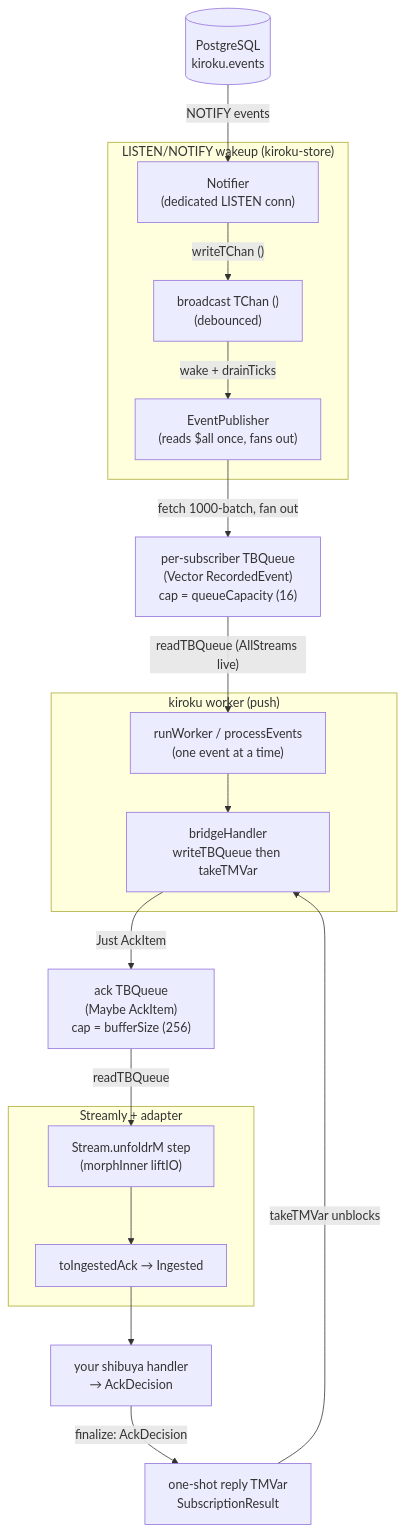
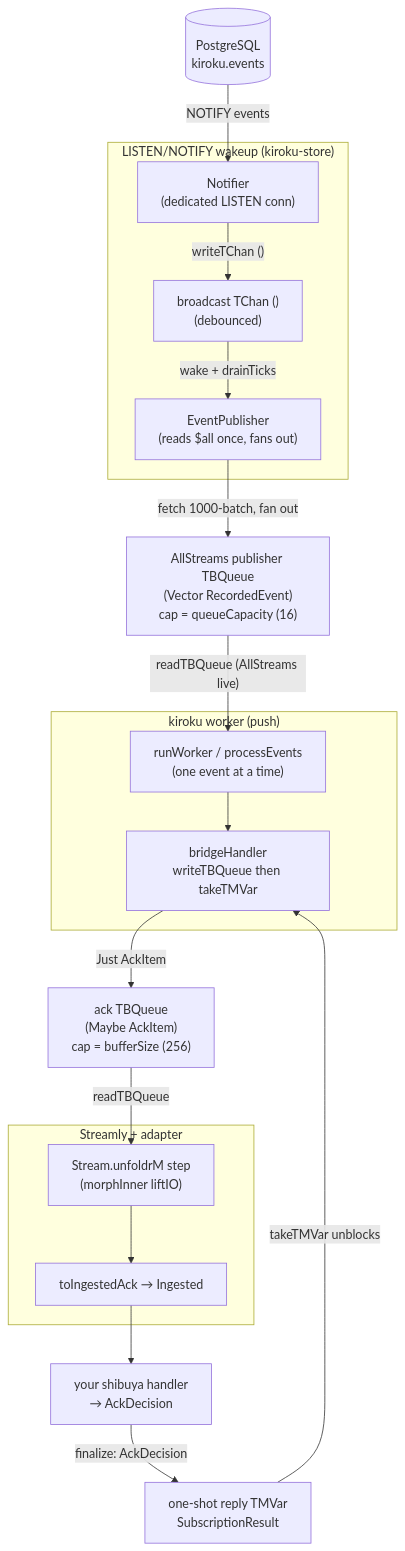
Before and after one commit to shinzui/keiro-runtime-docs: the diagram in content/docs/kiroku/walkthrough/05-the-shibuya-adapter.mdx, drawn with Mermaid. The commit also changed other lines of this file and 11 other files, not shown here.

````diff
--- a/content/docs/kiroku/walkthrough/05-the-shibuya-adapter.mdx
+++ b/content/docs/kiroku/walkthrough/05-the-shibuya-adapter.mdx
@@ -54,33 +54,33 @@
 ```mermaid
 flowchart TD
   PG[("PostgreSQL<br/>kiroku.events")]
   subgraph listen["LISTEN/NOTIFY wakeup (kiroku-store)"]
     Notifier["Notifier<br/>(dedicated LISTEN conn)"]
     Tick["broadcast TChan ()<br/>(debounced)"]
     Pub["EventPublisher<br/>(reads $all once, fans out)"]
   end
-  LiveQ["per-subscriber TBQueue<br/>(Vector RecordedEvent)<br/>cap = queueCapacity (16)"]
+  LiveQ["AllStreams publisher TBQueue<br/>(Vector RecordedEvent)<br/>cap = queueCapacity (16)"]
   subgraph worker["kiroku worker (push)"]
     W["runWorker / processEvents<br/>(one event at a time)"]
     BH["bridgeHandler<br/>writeTBQueue then takeTMVar"]
   end
   AckQ["ack TBQueue<br/>(Maybe AckItem)<br/>cap = bufferSize (256)"]
   subgraph stream["Streamly + adapter"]
     S["Stream.unfoldrM step<br/>(morphInner liftIO)"]
     Ing["toIngestedAck → Ingested"]
   end
   Handler["your shibuya handler<br/>→ AckDecision"]
   Reply["one-shot reply TMVar<br/>SubscriptionResult"]
 
   PG -- "NOTIFY events" --> Notifier
   Notifier -- "writeTChan ()" --> Tick
   Tick -- "wake + drainTicks" --> Pub
   Pub -- "fetch 1000-batch, fan out" --> LiveQ
   LiveQ -- "readTBQueue (AllStreams live)" --> W
   W --> BH
   BH -- "Just AckItem" --> AckQ
   AckQ -- "readTBQueue" --> S
   S --> Ing --> Handler
   Handler -- "finalize: AckDecision" --> Reply
   Reply -- "takeTMVar unblocks" --> BH
 ```
````
